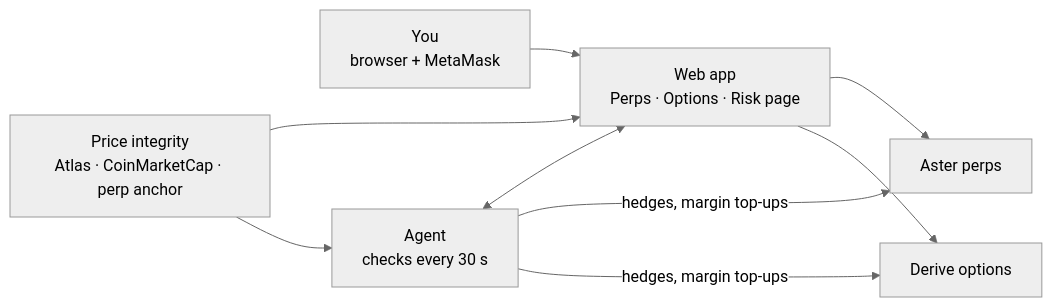
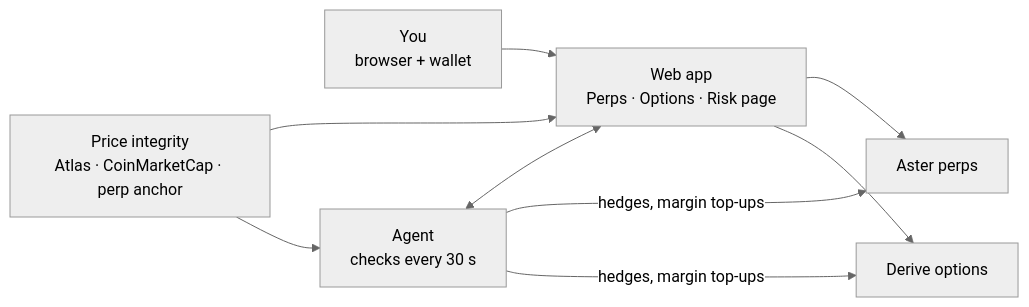
The diagram in README.md (definet200/Pulse-Risk-Agent-Mainnet), drawn with Mermaid (neutral theme) before and after one commit. The commit also changed other lines of this file and 16 other files, not shown here.

Commit message:
docs: say any EVM wallet instead of MetaMask

````diff
--- a/README.md
+++ b/README.md
@@ -46,13 +46,13 @@
 ```mermaid
 flowchart LR
-    U["You<br/>browser + MetaMask"] --> APP["Web app<br/>Perps · Options · Risk page"]
+    U["You<br/>browser + wallet"] --> APP["Web app<br/>Perps · Options · Risk page"]
     AG["Agent<br/>checks every 30 s"] <--> APP
 
     APP --> AS["Aster perps"]
     APP --> DE["Derive options"]
     AG -->|"hedges, margin top-ups"| AS
     AG -->|"hedges, margin top-ups"| DE
 
     PI["Price integrity<br/>Atlas · CoinMarketCap · perp anchor"] --> APP
     PI --> AG
 ```
````
